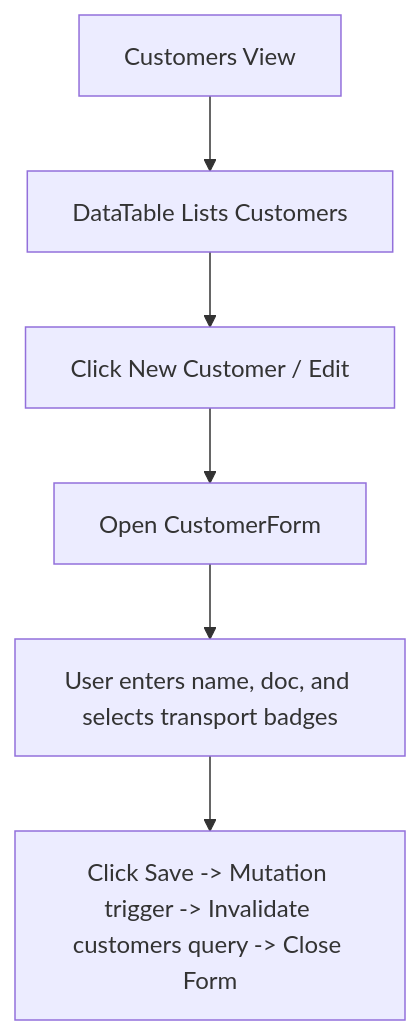
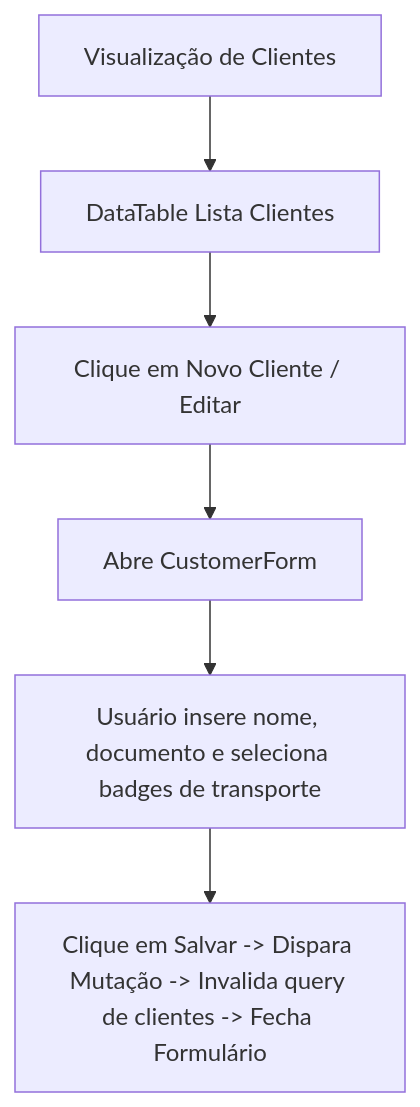
The diagram in docs/customers/README.md (EdDevFront/sales-order-management-system), drawn with Mermaid before and after one commit. The commit also changed other lines of this file and 5 other files, not shown here.

Commit message:
docs: translate documentation markdown and mermaid diagrams to Portuguese

````diff
--- a/docs/customers/README.md
+++ b/docs/customers/README.md
@@ -11,8 +11,8 @@
 ```mermaid
 graph TD
-    A[Customers View] --> B[DataTable Lists Customers]
-    B --> C[Click New Customer / Edit]
-    C --> D[Open CustomerForm]
-    D --> E[User enters name, doc, and selects transport badges]
-    E --> F[Click Save -> Mutation trigger -> Invalidate customers query -> Close Form]
+    A[Visualização de Clientes] --> B[DataTable Lista Clientes]
+    B --> C[Clique em Novo Cliente / Editar]
+    C --> D[Abre CustomerForm]
+    D --> E[Usuário insere nome, documento e seleciona badges de transporte]
+    E --> F[Clique em Salvar -> Dispara Mutação -> Invalida query de clientes -> Fecha Formulário]
 ```
````
